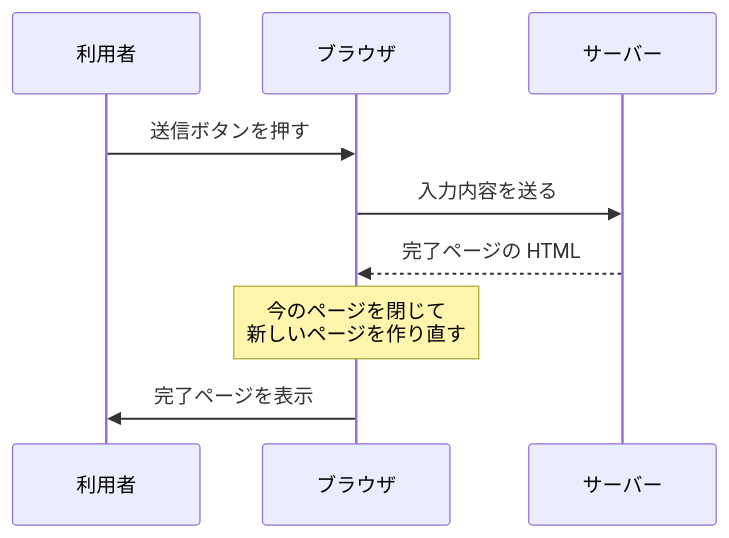
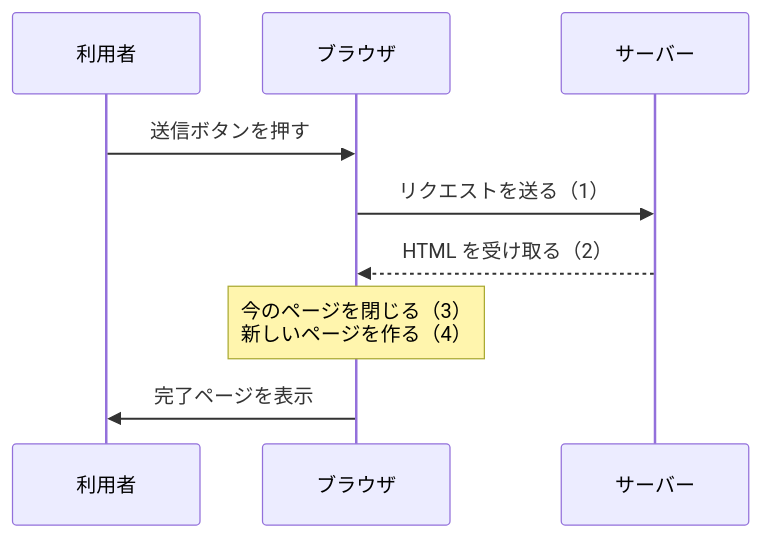
One commit to ozaki25/web-front-training-ozaki25 changed the first of 2 diagrams in docs/drafts/172/index.md. Above: the diagram before and after it, drawn with Mermaid. The commit also changed other lines of this file, not shown here.

````diff
--- a/docs/drafts/172/index.md
+++ b/docs/drafts/172/index.md
@@ -39,11 +39,11 @@
 ```mermaid
 sequenceDiagram
   participant U as 利用者
   participant B as ブラウザ
   participant S as サーバー
   U->>B: 送信ボタンを押す
-  B->>S: 入力内容を送る
-  S-->>B: 完了ページの HTML
-  Note over B: 今のページを閉じて<br/>新しいページを作り直す
+  B->>S: リクエストを送る（1）
+  S-->>B: HTML を受け取る（2）
+  Note over B: 今のページを閉じる（3）<br/>新しいページを作る（4）
   B->>U: 完了ページを表示
 ```
````
